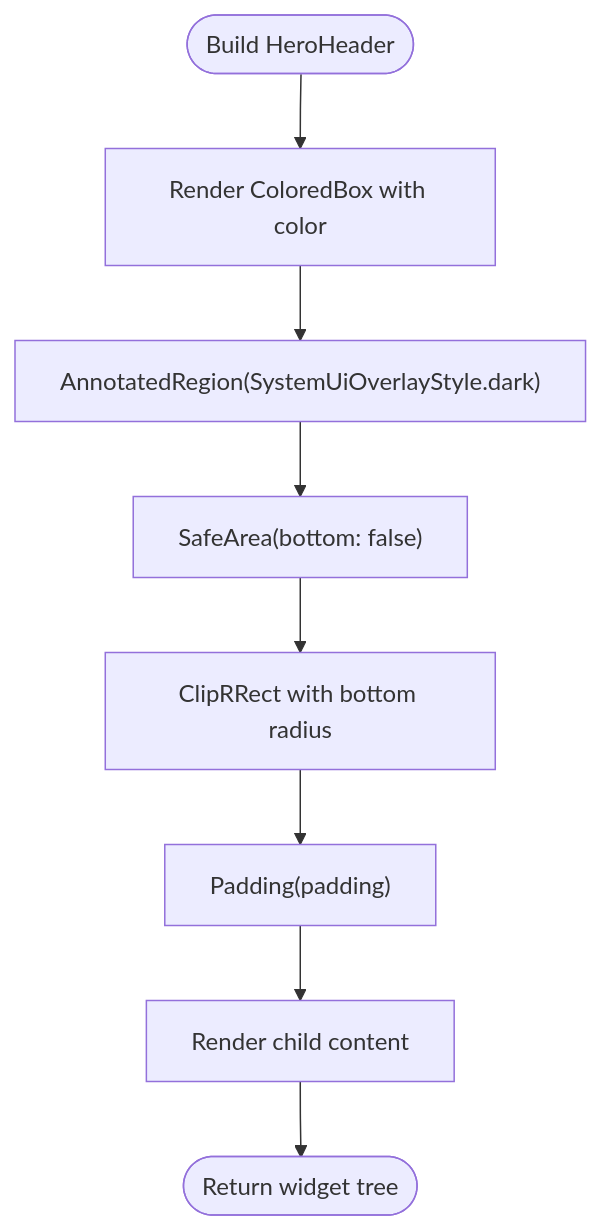
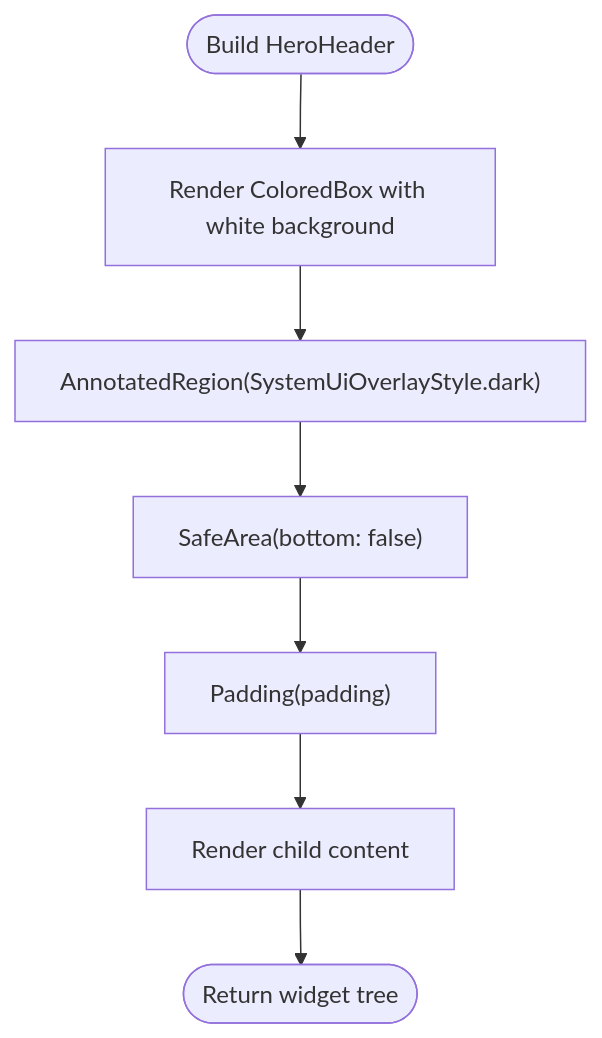
Before and after one commit to rdsarjito/whoosh-ramah: the third of 6 diagrams in .qoder/repowiki/en/content/Mobile Application/Widget Library/Widget Library.md, drawn with Mermaid. The commit also changed other lines of this file and 68 other files, not shown here.

````diff
--- a/.qoder/repowiki/en/content/Mobile Application/Widget Library/Widget Library.md
+++ b/.qoder/repowiki/en/content/Mobile Application/Widget Library/Widget Library.md
@@ -208,10 +239,9 @@
 ```mermaid
 flowchart TD
-Start(["Build HeroHeader"]) --> ColorBox["Render ColoredBox with color"]
+Start(["Build HeroHeader"]) --> ColorBox["Render ColoredBox with white background"]
 ColorBox --> Overlay["AnnotatedRegion(SystemUiOverlayStyle.dark)"]
 Overlay --> Safe["SafeArea(bottom: false)"]
-Safe --> Clip["ClipRRect with bottom radius"]
-Clip --> Pad["Padding(padding)"]
+Safe --> Pad["Padding(padding)"]
 Pad --> Child["Render child content"]
 Child --> End(["Return widget tree"])
 ```
````
